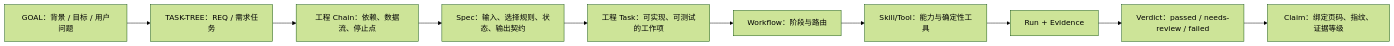
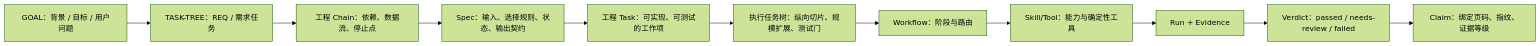
Before and after one commit to shopable-ai/document-to-markdown-workflow: the first of 4 diagrams in WORKFLOW-MAP.zh.md, drawn with Mermaid (forest theme). The commit also changed other lines of this file and 132 other files, not shown here.

````diff
--- a/WORKFLOW-MAP.zh.md
+++ b/WORKFLOW-MAP.zh.md
@@ -11,12 +11,13 @@
 ```mermaid
 flowchart LR
     R["GOAL：背景 / 目标 / 用户问题"] --> RT["TASK-TREE：REQ / 需求任务"]
     RT --> C["工程 Chain：依赖、数据流、停止点"]
     C --> S["Spec：输入、选择规则、状态、输出契约"]
     S --> T["工程 Task：可实现、可测试的工作项"]
-    T --> W["Workflow：阶段与路由"]
+    T --> ET["执行任务树：纵向切片、规模扩展、测试门"]
+    ET --> W["Workflow：阶段与路由"]
     W --> ST["Skill/Tool：能力与确定性工具"]
     ST --> E["Run + Evidence"]
     E --> V["Verdict：passed / needs-review / failed"]
     V --> K["Claim：绑定页码、指纹、证据等级"]
 ```
````
